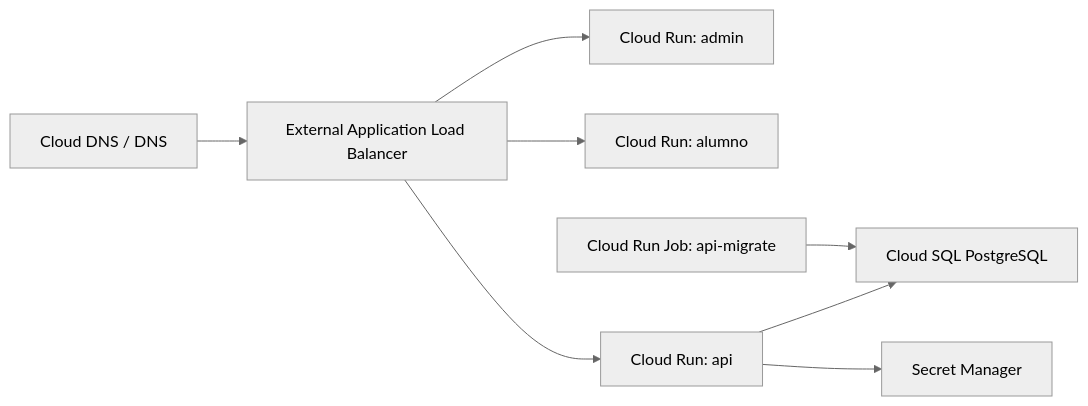
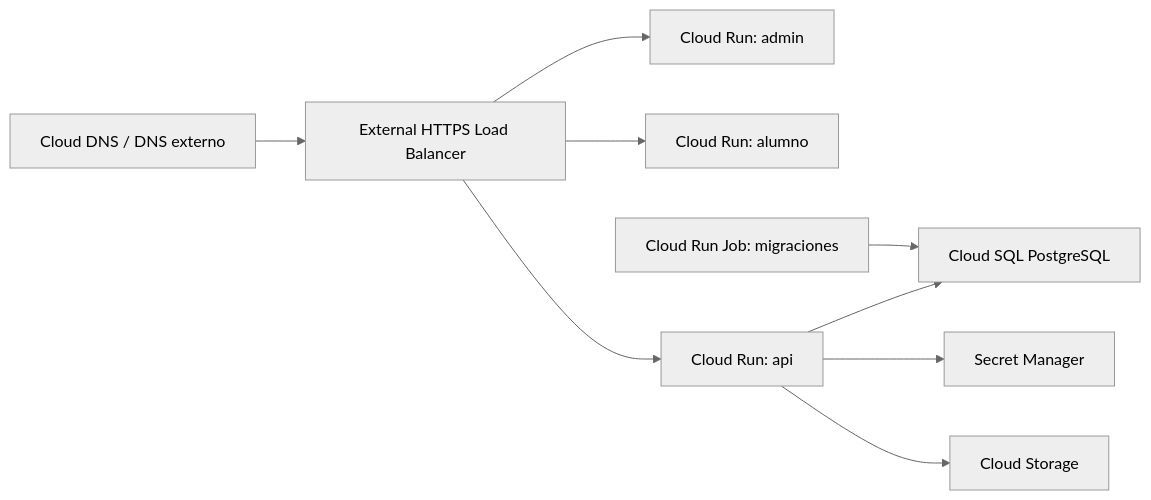
Before and after one commit to G1bby-P/EXAM: the second of 2 diagrams in cloud/gcp/README.md, drawn with Mermaid (neutral theme). The commit also changed other lines of this file and 3 other files, not shown here.

````diff
--- a/cloud/gcp/README.md
+++ b/cloud/gcp/README.md
@@ -15,10 +64,11 @@
 ```mermaid
 flowchart LR
-  DNS["Cloud DNS / DNS"] --> LB["External Application Load Balancer"]
+  DNS["Cloud DNS / DNS externo"] --> LB["External HTTPS Load Balancer"]
   LB --> ADMIN["Cloud Run: admin"]
   LB --> STUDENT["Cloud Run: alumno"]
   LB --> API["Cloud Run: api"]
-  JOB["Cloud Run Job: api-migrate"] --> SQL["Cloud SQL PostgreSQL"]
+  JOB["Cloud Run Job: migraciones"] --> SQL["Cloud SQL PostgreSQL"]
   API --> SQL
   API --> SM["Secret Manager"]
+  API --> STORAGE["Cloud Storage"]
 ```
````
